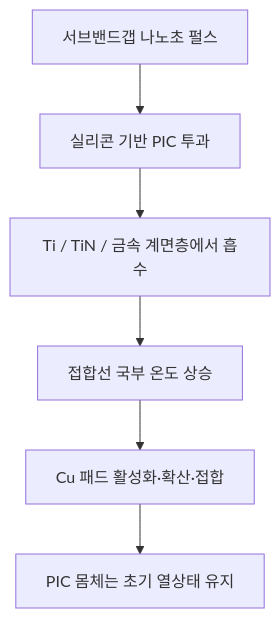
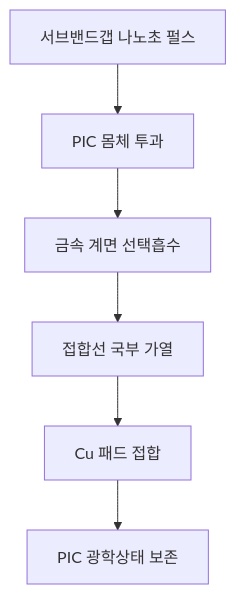
Before and after one commit to jhcho9494/Cools_CPO_Zero_Thermal_Budget_Bonding: the second of 2 diagrams in README_KR.md, drawn with Mermaid. The commit also changed other lines of this file, not shown here.

````diff
--- a/README_KR.md
+++ b/README_KR.md
@@ -51,8 +46,8 @@
 ```mermaid
 flowchart TB
-    L[서브밴드갭 나노초 펄스] --> P[실리콘 기반 PIC 투과]
-    P --> A[Ti / TiN / 금속 계면층에서 흡수]
-    A --> H[접합선 국부 온도 상승]
-    H --> J[Cu 패드 활성화·확산·접합]
-    J --> C[PIC 몸체는 초기 열상태 유지]
+    L[서브밴드갭 나노초 펄스] --> P[PIC 몸체 투과]
+    P --> A[금속 계면 선택흡수]
+    A --> H[접합선 국부 가열]
+    H --> J[Cu 패드 접합]
+    J --> C[PIC 광학상태 보존]
 ```
````
